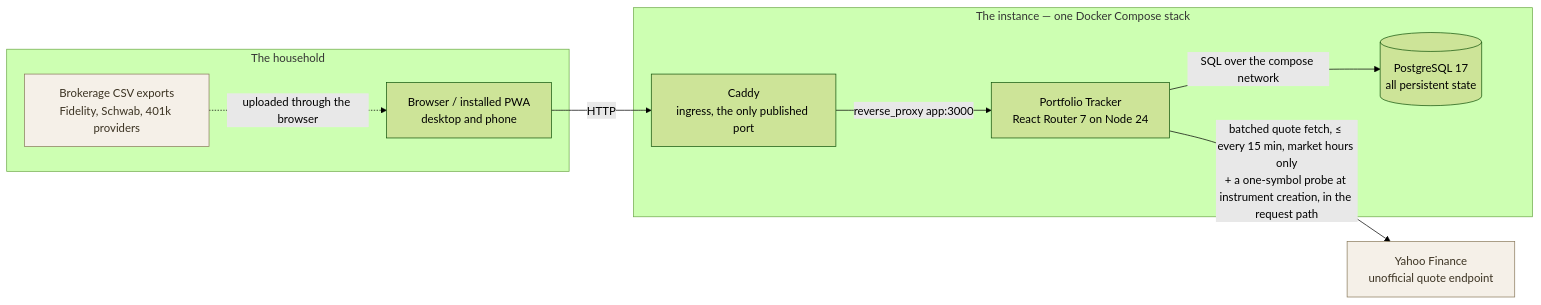
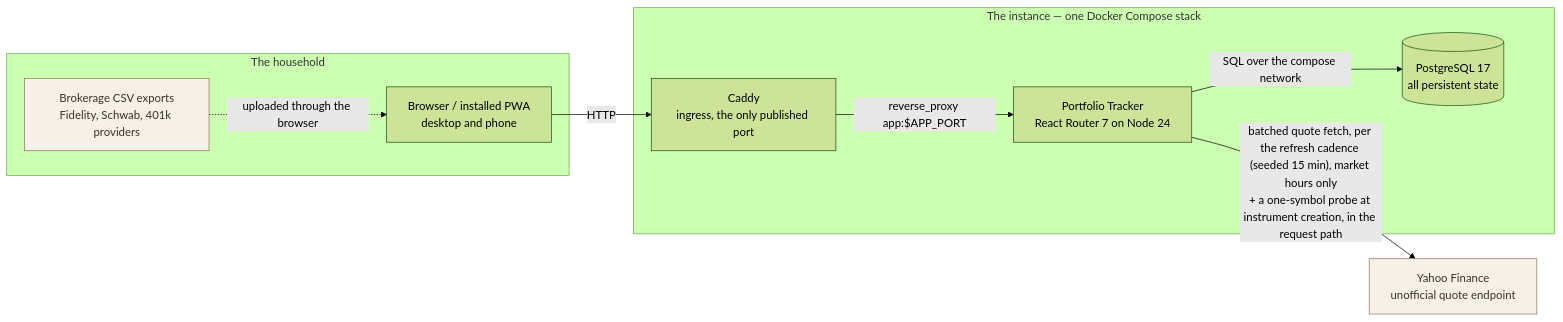
The first of 10 diagrams in ARCHITECTURE.md (chethan123/portfolio), drawn with Mermaid (forest theme) before and after one commit. The commit also changed other lines of this file and 16 other files, not shown here.

````diff
--- a/ARCHITECTURE.md
+++ b/ARCHITECTURE.md
@@ -58,24 +58,24 @@
 ```mermaid
 graph LR
     subgraph household["The household"]
         browser["Browser / installed PWA<br/>desktop and phone"]
         csv["Brokerage CSV exports<br/>Fidelity, Schwab, 401k providers"]
     end
 
     subgraph instance["The instance — one Docker Compose stack"]
         caddy["Caddy<br/>ingress, the only published port"]
         app["Portfolio Tracker<br/>React Router 7 on Node 24"]
         db[("PostgreSQL 17<br/>all persistent state")]
     end
 
     yahoo["Yahoo Finance<br/>unofficial quote endpoint"]
 
     browser -->|HTTP| caddy
-    caddy -->|"reverse_proxy app:3000"| app
+    caddy -->|"reverse_proxy app:$APP_PORT"| app
     csv -.->|"uploaded through the browser"| browser
     app -->|SQL over the compose network| db
-    app -->|"batched quote fetch, ≤ every 15 min, market hours only<br/>+ a one-symbol probe at instrument creation, in the request path"| yahoo
+    app -->|"batched quote fetch, per the refresh cadence (seeded 15 min), market hours only<br/>+ a one-symbol probe at instrument creation, in the request path"| yahoo
 
     classDef ext fill:#f5f0e8,stroke:#8a7a5c,color:#3b3222
     class yahoo,csv ext
 ```
````
